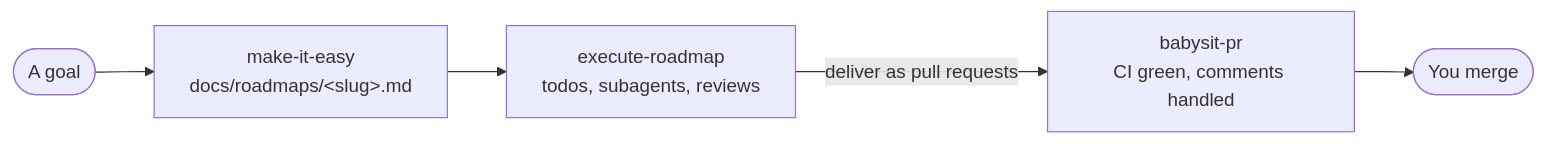
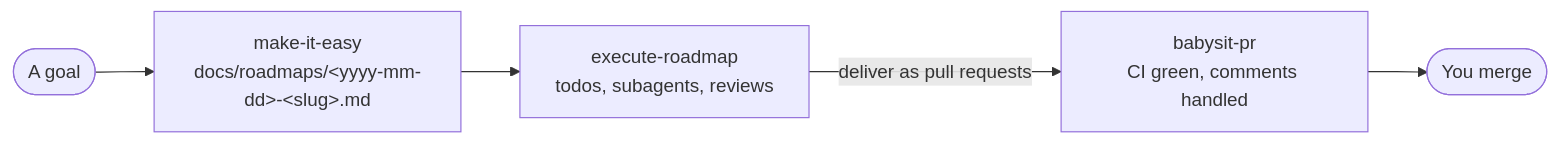
One commit to zacheryph/pi changed the diagram in skills/README.md. Above: the diagram before and after it, drawn with Mermaid. The commit also changed other lines of this file and 10 other files, not shown here.

First line of the commit message:
Date-prefix roadmap files

````diff
--- a/skills/README.md
+++ b/skills/README.md
@@ -7,7 +7,7 @@
 ```mermaid
 flowchart LR
-  goal(["A goal"]) --> mie["make-it-easy<br/>docs/roadmaps/&lt;slug&gt;.md"]
+  goal(["A goal"]) --> mie["make-it-easy<br/>docs/roadmaps/&lt;yyyy-mm-dd&gt;-&lt;slug&gt;.md"]
   mie --> er["execute-roadmap<br/>todos, subagents, reviews"]
   er -- "deliver as pull requests" --> bp["babysit-pr<br/>CI green, comments handled"]
   bp --> merged(["You merge"])
 ```
````
